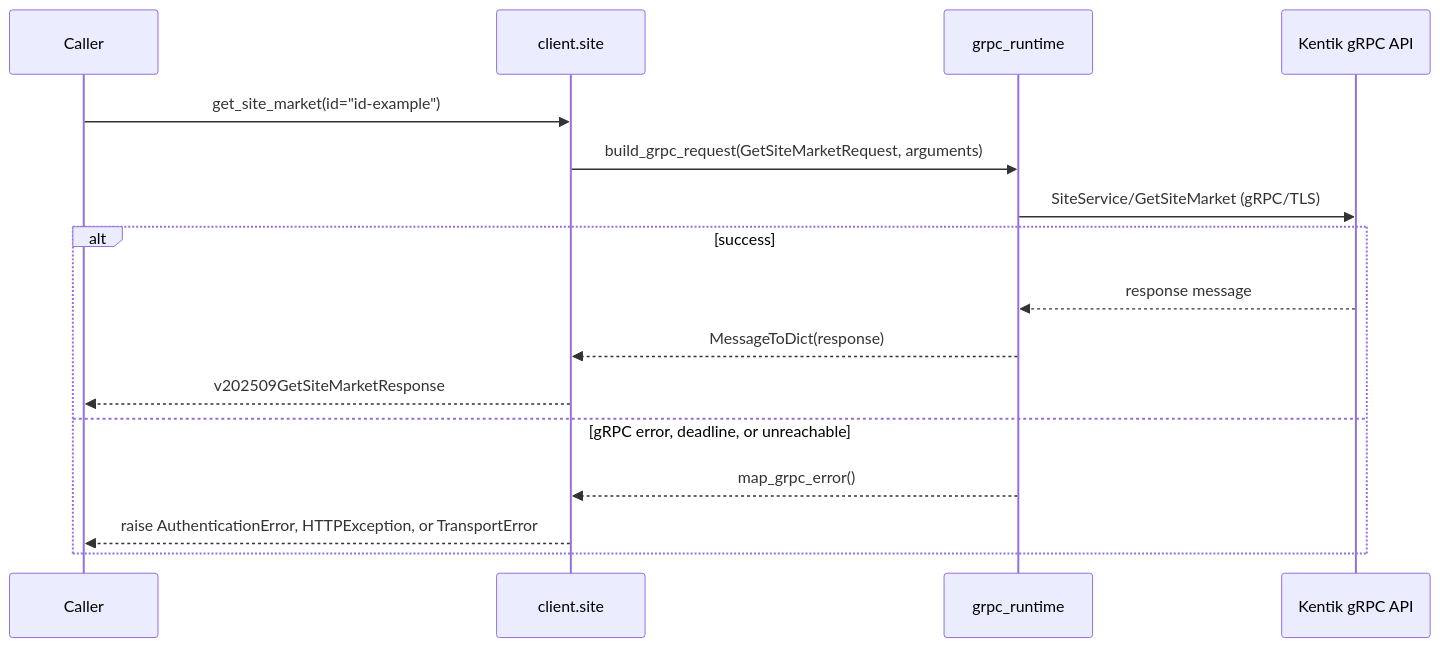
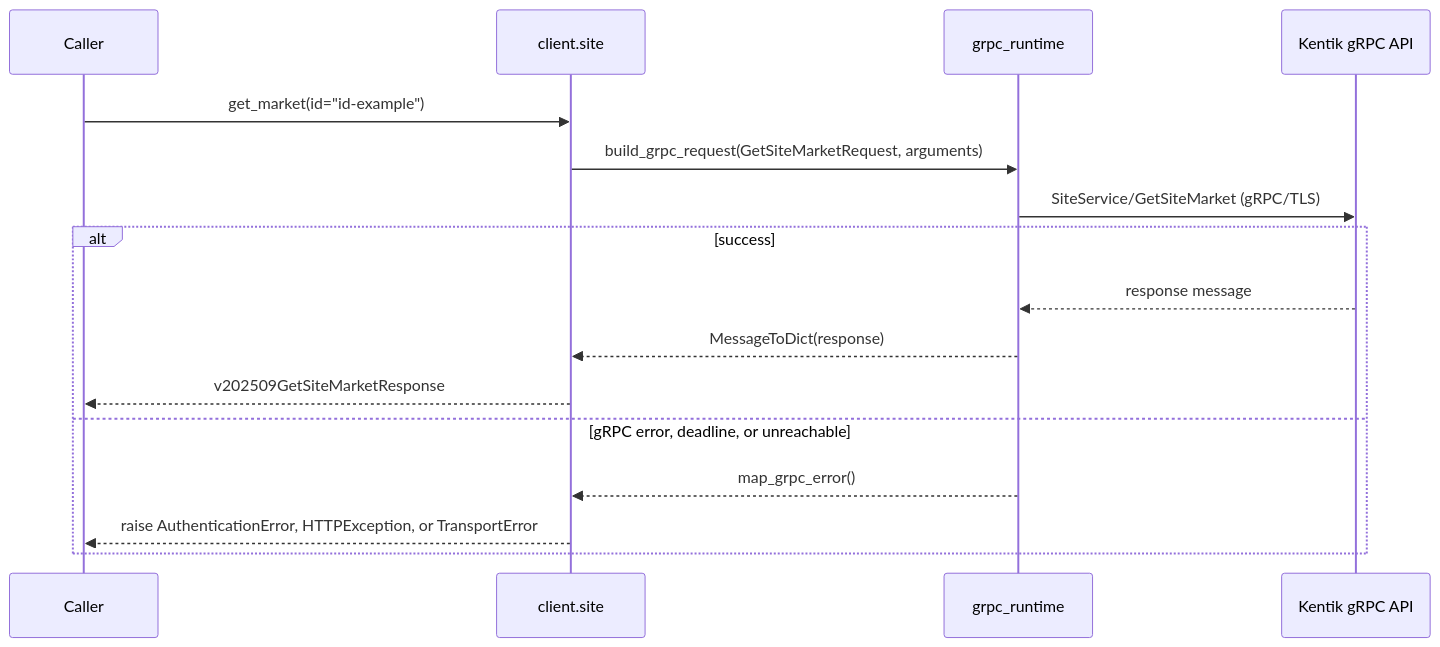
The seventh of 22 diagrams in docs/sphinx/services/site.md (alexdearaujo/community_sdk_python), drawn with Mermaid before and after one commit. The commit also changed other lines of this file and 28 other files, not shown here.

````diff
--- a/docs/sphinx/services/site.md
+++ b/docs/sphinx/services/site.md
@@ -203,19 +203,19 @@
 ```mermaid
 sequenceDiagram
     participant C as Caller
     participant W as client.site
     participant R as grpc_runtime
     participant API as Kentik gRPC API
 
-    C->>W: get_site_market(id="id-example")
+    C->>W: get_market(id="id-example")
     W->>R: build_grpc_request(GetSiteMarketRequest, arguments)
     R->>API: SiteService/GetSiteMarket (gRPC/TLS)
     alt success
         API-->>R: response message
         R-->>W: MessageToDict(response)
         W-->>C: v202509GetSiteMarketResponse
     else gRPC error, deadline, or unreachable
         R-->>W: map_grpc_error()
         W-->>C: raise AuthenticationError, HTTPException, or TransportError
     end
 ```
````
